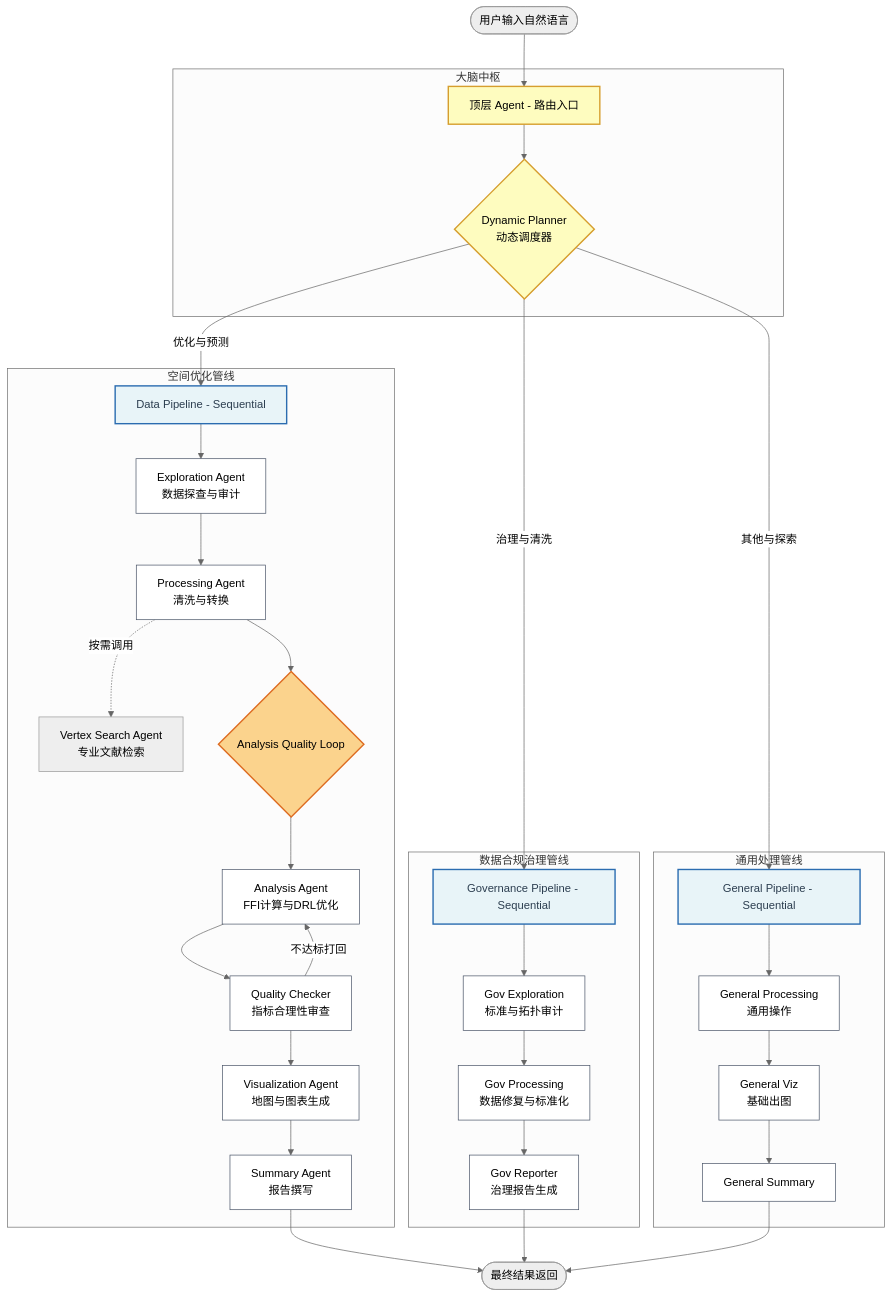
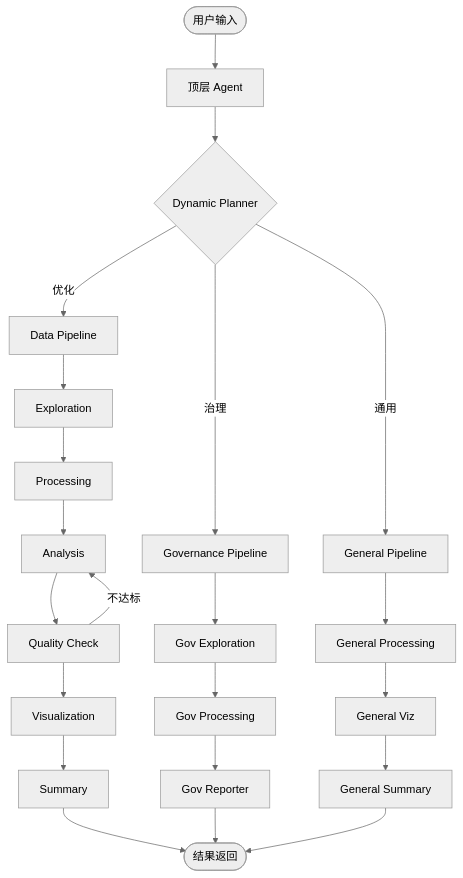
One commit to zhouning/gisdataagent changed the diagram in README.md. Above: the diagram before and after it, drawn with Mermaid (neutral theme).

Commit message:
fix(docs): drastically simplify mermaid for GitHub rendering
Remove subgraphs, classDef styling, and reduce node count to ensure
GitHub's mermaid renderer can handle the diagram within timeout limits.

````diff
--- a/README.md
+++ b/README.md
@@ -62,64 +62,22 @@
 ```mermaid
 graph TD
-    User(["用户输入自然语言"]) --> Root
+    User(["用户输入"]) --> Root["顶层 Agent"]
+    Root --> Planner{"Dynamic Planner"}
 
-    subgraph Brain ["大脑中枢"]
-        Root["顶层 Agent - 路由入口"]
-        Planner{"Dynamic Planner<br/>动态调度器"}
-        Root --> Planner
-    end
+    Planner --"优化"--> OptP["Data Pipeline"]
+    Planner --"治理"--> GovP["Governance Pipeline"]
+    Planner --"通用"--> GenP["General Pipeline"]
 
-    subgraph Opt ["空间优化管线"]
-        Opt_Pipeline["Data Pipeline - Sequential"]
-        Exp1["Exploration Agent<br/>数据探查与审计"]
-        Proc1["Processing Agent<br/>清洗与转换"]
-        Knowledge["Vertex Search Agent<br/>专业文献检索"]
-        Ana_Loop{"Analysis Quality Loop"}
-        Ana1["Analysis Agent<br/>FFI计算与DRL优化"]
-        QC["Quality Checker<br/>指标合理性审查"]
-        Viz1["Visualization Agent<br/>地图与图表生成"]
-        Sum1["Summary Agent<br/>报告撰写"]
+    OptP --> Exp1["Exploration"] --> Proc1["Processing"]
+    Proc1 --> Ana1["Analysis"] --> QC["Quality Check"]
+    QC --"不达标"--> Ana1
+    QC --> Viz1["Visualization"] --> Sum1["Summary"]
 
-        Opt_Pipeline --> Exp1 --> Proc1
-        Proc1 -."按需调用".-> Knowledge
-        Proc1 --> Ana_Loop --> Ana1 --> QC
-        QC --"不达标打回"--> Ana1
-        QC --> Viz1 --> Sum1
-    end
+    GovP --> Exp2["Gov Exploration"] --> Proc2["Gov Processing"] --> Rep2["Gov Reporter"]
 
-    subgraph Gov ["数据合规治理管线"]
-        Gov_Pipeline["Governance Pipeline - Sequential"]
-        Exp2["Gov Exploration<br/>标准与拓扑审计"]
-        Proc2["Gov Processing<br/>数据修复与标准化"]
-        Rep2["Gov Reporter<br/>治理报告生成"]
+    GenP --> Proc3["General Processing"] --> Viz3["General Viz"] --> Sum3["General Summary"]
 
-        Gov_Pipeline --> Exp2 --> Proc2 --> Rep2
-    end
-
-    subgraph Gen ["通用处理管线"]
-        Gen_Pipeline["General Pipeline - Sequential"]
-        Proc3["General Processing<br/>通用操作"]
-        Viz3["General Viz<br/>基础出图"]
-        Sum3["General Summary"]
-
-        Gen_Pipeline --> Proc3 --> Viz3 --> Sum3
-    end
-
-    Planner --"优化与预测"--> Opt_Pipeline
-    Planner --"治理与清洗"--> Gov_Pipeline
-    Planner --"其他与探索"--> Gen_Pipeline
-
-    Sum1 --> Output(["最终结果返回"])
+    Sum1 --> Output(["结果返回"])
     Rep2 --> Output
     Sum3 --> Output
-
-    classDef pipeline fill:#e8f4f8,stroke:#2b6cb0,stroke-width:2px,color:#2c3e50
-    classDef agent fill:#ffffff,stroke:#4a5568,stroke-width:1px
-    classDef brain fill:#fefcbf,stroke:#d69e2e,stroke-width:2px
-    classDef loop fill:#fbd38d,stroke:#dd6b20,stroke-width:2px
-
-    class Opt_Pipeline,Gov_Pipeline,Gen_Pipeline pipeline
-    class Exp1,Proc1,Ana1,QC,Viz1,Sum1,Exp2,Proc2,Rep2,Proc3,Viz3,Sum3 agent
-    class Root,Planner brain
-    class Ana_Loop loop
 ```
````
